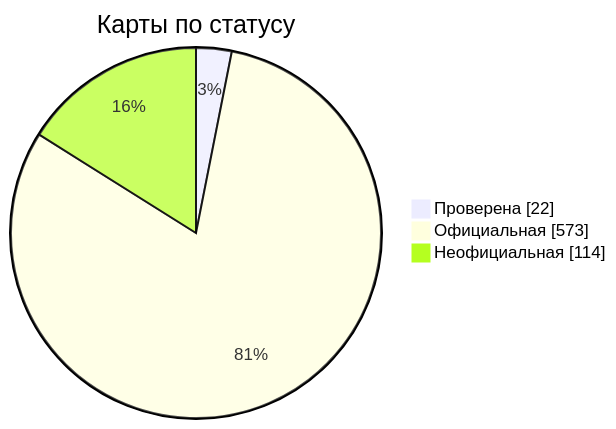
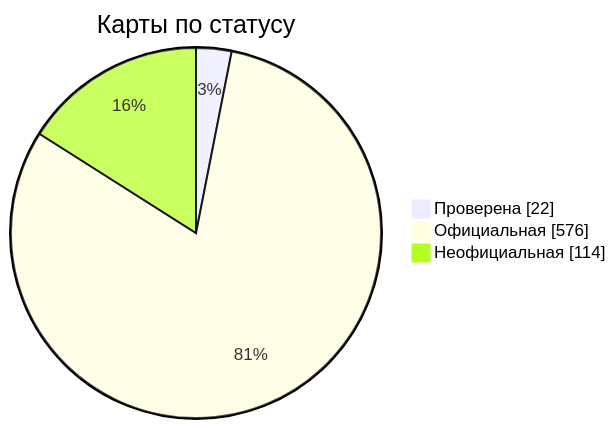
The diagram in docs/readme/README_RU.md (nobrega8/mbmap-library), drawn with Mermaid before and after one commit. The commit also changed 8 other files, not shown here.

````diff
--- a/docs/readme/README_RU.md
+++ b/docs/readme/README_RU.md
@@ -54,7 +54,7 @@
 ```mermaid
 pie showData
     title Карты по статусу
     "Проверена" : 22
-    "Официальная" : 573
+    "Официальная" : 576
     "Неофициальная" : 114
 ```
````
